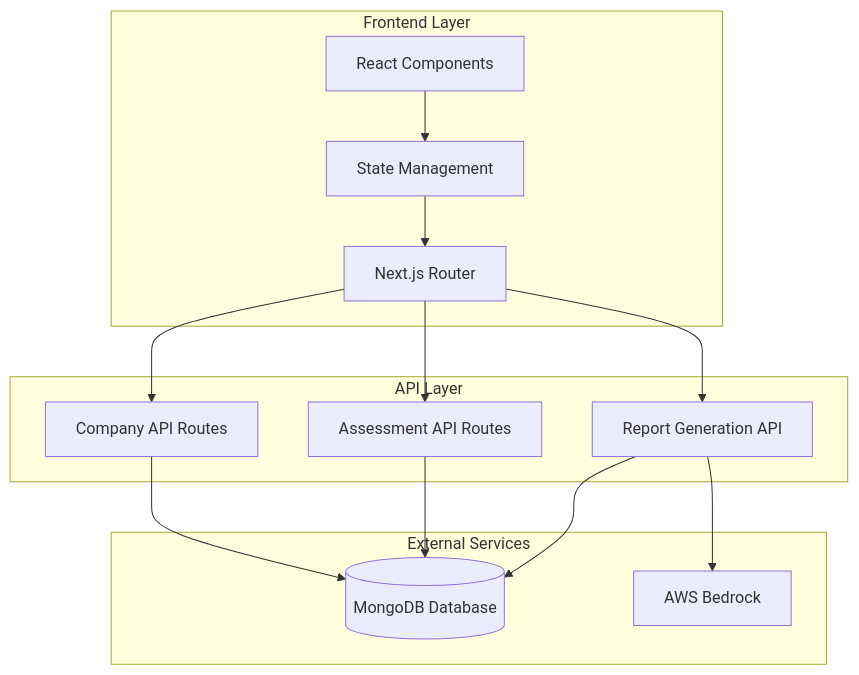
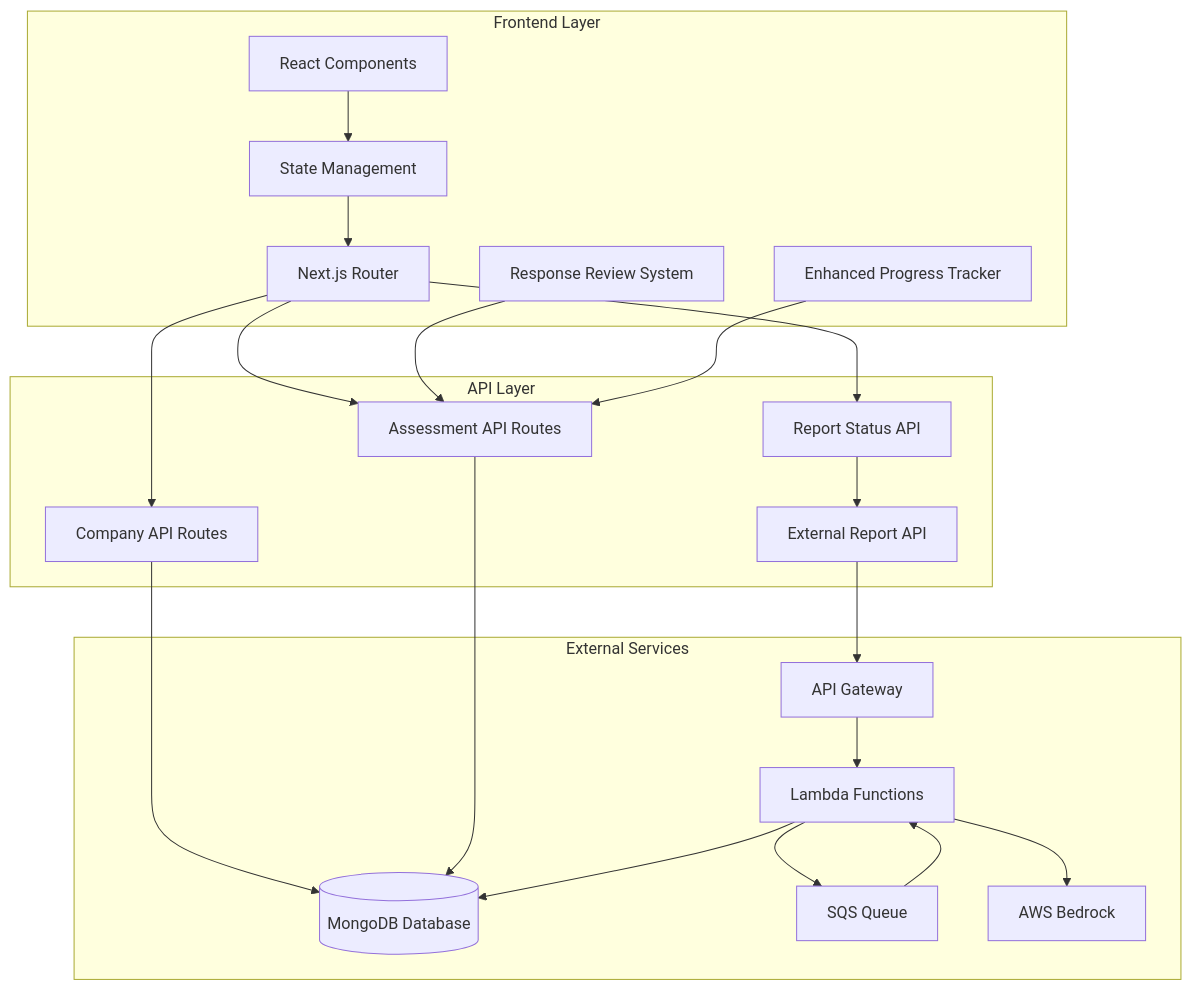
The first of 2 diagrams in .kiro/specs/ai-assessment/design.md (NexusLab-Technology/ai_assessment), drawn with Mermaid before and after one commit. The commit also changed other lines of this file and 2 other files, not shown here.

First line of the commit message:
feat: enhance AI Assessment spec with response review, progress visualization, and async report generation

````diff
--- a/.kiro/specs/ai-assessment/design.md
+++ b/.kiro/specs/ai-assessment/design.md
@@ -13,30 +18,45 @@
 ```mermaid
 graph TB
     subgraph "Frontend Layer"
         UI[React Components]
         State[State Management]
         Router[Next.js Router]
+        ReviewSystem[Response Review System]
+        ProgressTracker[Enhanced Progress Tracker]
     end
     
     subgraph "API Layer"
         CompanyAPI[Company API Routes]
         AssessmentAPI[Assessment API Routes]
-        ReportAPI[Report Generation API]
+        ReportAPI[Report Status API]
+        ExternalAPI[External Report API]
     end
     
     subgraph "External Services"
         MongoDB[(MongoDB Database)]
+        APIGateway[API Gateway]
+        Lambda[Lambda Functions]
+        SQS[SQS Queue]
         Bedrock[AWS Bedrock]
     end
     
     UI --> State
     State --> Router
     Router --> CompanyAPI
     Router --> AssessmentAPI
     Router --> ReportAPI
     
+    ReviewSystem --> AssessmentAPI
+    ProgressTracker --> AssessmentAPI
+    
     CompanyAPI --> MongoDB
     AssessmentAPI --> MongoDB
-    ReportAPI --> MongoDB
-    ReportAPI --> Bedrock
+    ReportAPI --> ExternalAPI
+    
+    ExternalAPI --> APIGateway
+    APIGateway --> Lambda
+    Lambda --> MongoDB
+    Lambda --> SQS
+    SQS --> Lambda
+    Lambda --> Bedrock
 ```
````
